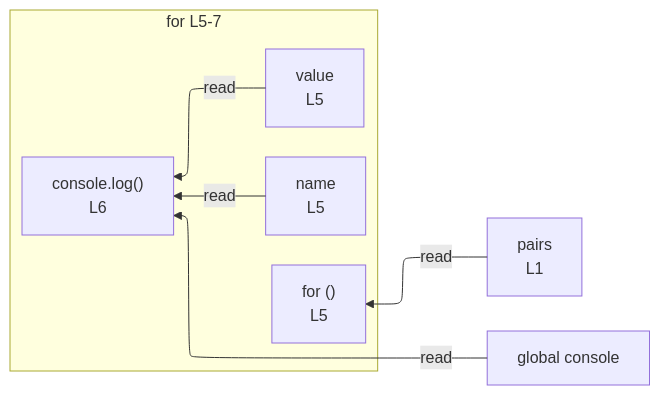
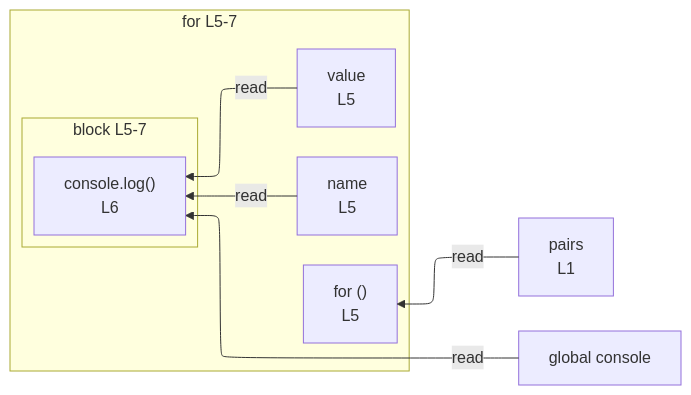
The diagram in integration/fixtures/iteration-statement/for-of/array-destructuring/preview.md (crescware/unsnarl), drawn with Mermaid before and after one commit. The commit also changed 106 other files, not shown here.

````diff
--- a/integration/fixtures/iteration-statement/for-of/array-destructuring/preview.md
+++ b/integration/fixtures/iteration-statement/for-of/array-destructuring/preview.md
@@ -17,17 +17,20 @@
 ```mermaid
 %%{init: {"flowchart": {"defaultRenderer": "elk"}}}%%
 flowchart RL
   n_scope_0_pairs_6["pairs<br/>L1"]
   n_scope_0_console_102["global console"]
   subgraph s_scope_1["for L5-7"]
     direction RL
     for_test_scope_0_63["for ()<br/>L5"]
     n_scope_1_name_75["name<br/>L5"]
     n_scope_1_value_81["value<br/>L5"]
-    expr_stmt_102["console.log()<br/>L6"]
+    subgraph s_scope_2["block L5-7"]
+      direction RL
+      expr_stmt_102["console.log()<br/>L6"]
+    end
   end
   n_scope_0_pairs_6 -->|read| for_test_scope_0_63
   n_scope_0_console_102 -->|read| expr_stmt_102
   n_scope_1_name_75 -->|read| expr_stmt_102
   n_scope_1_value_81 -->|read| expr_stmt_102
 ```
````
